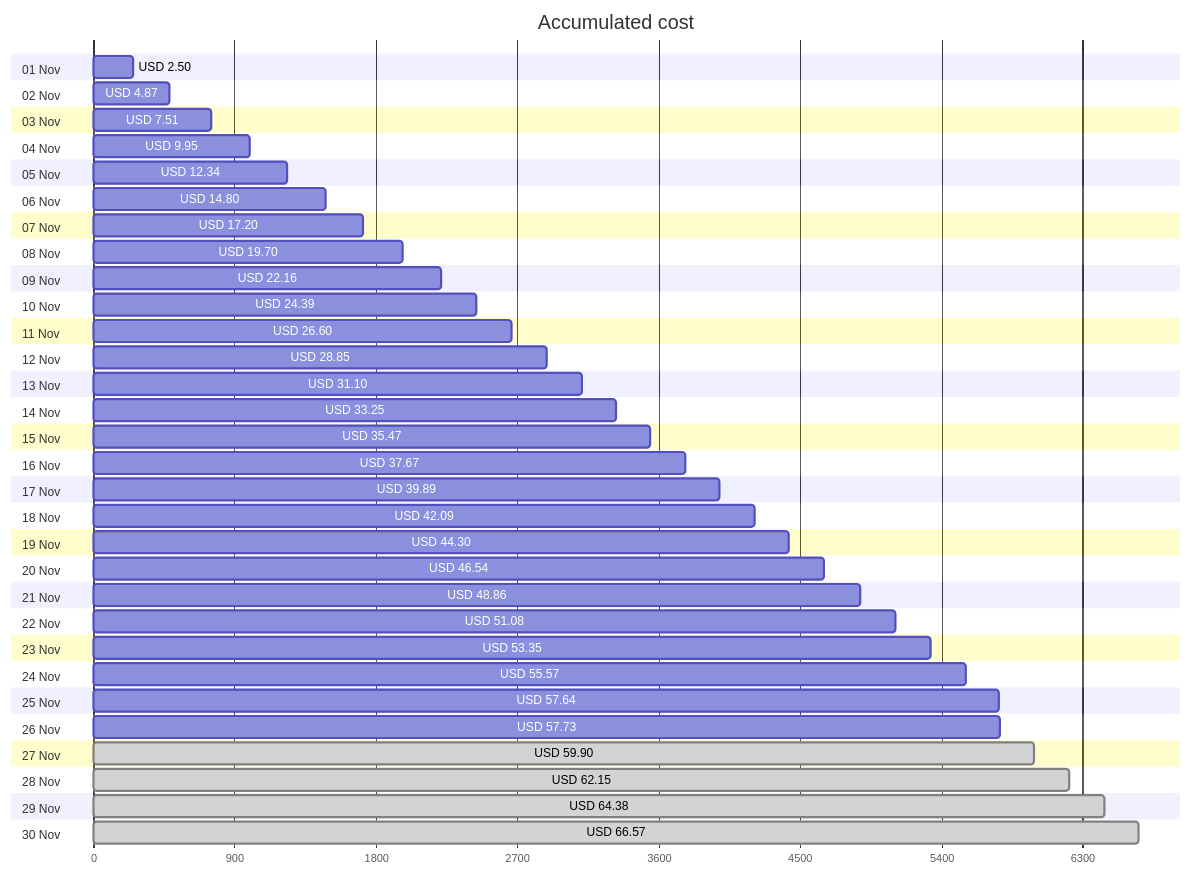
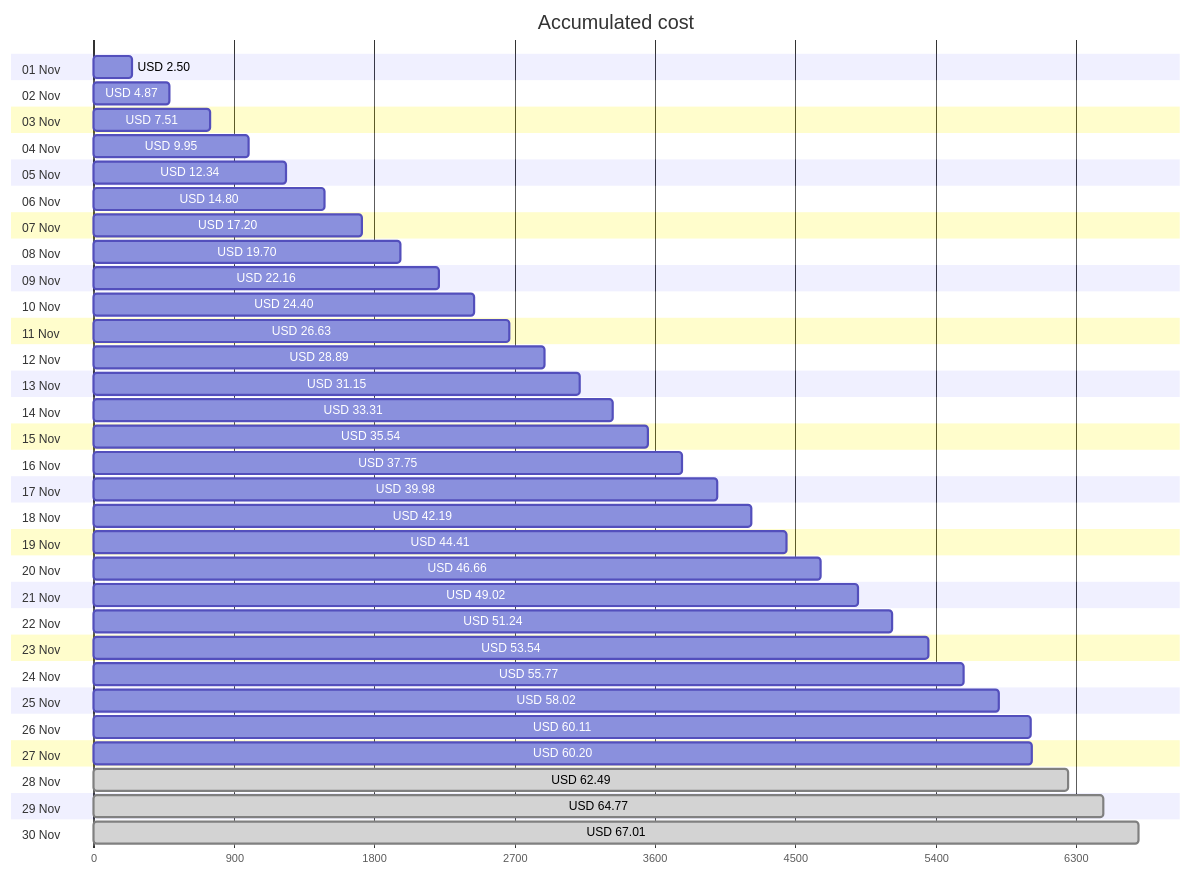
Before and after one commit to jpfulton/azure-personal-reports: the first of 4 diagrams in cost-reports/accumulated-cost.md, drawn with Mermaid. The commit also changed other lines of this file and 4 other files, not shown here.

````diff
--- a/cost-reports/accumulated-cost.md
+++ b/cost-reports/accumulated-cost.md
@@ -20,66 +20,66 @@
 ```mermaid
 gantt
    title Accumulated cost
    dateFormat  X
    axisFormat %s
    section 01 Nov
    USD 2.50 :0, 250
    section 02 Nov
    USD 4.87 :0, 487
    section 03 Nov
    USD 7.51 :0, 751
    section 04 Nov
    USD 9.95 :0, 995
    section 05 Nov
    USD 12.34 :0, 1234
    section 06 Nov
    USD 14.80 :0, 1480
    section 07 Nov
    USD 17.20 :0, 1720
    section 08 Nov
    USD 19.70 :0, 1970
    section 09 Nov
    USD 22.16 :0, 2216
    section 10 Nov
-   USD 24.39 :0, 2439
+   USD 24.40 :0, 2440
    section 11 Nov
-   USD 26.60 :0, 2660
+   USD 26.63 :0, 2663
    section 12 Nov
-   USD 28.85 :0, 2885
+   USD 28.89 :0, 2889
    section 13 Nov
-   USD 31.10 :0, 3110
+   USD 31.15 :0, 3115
    section 14 Nov
-   USD 33.25 :0, 3325
+   USD 33.31 :0, 3331
    section 15 Nov
-   USD 35.47 :0, 3547
+   USD 35.54 :0, 3554
    section 16 Nov
-   USD 37.67 :0, 3767
+   USD 37.75 :0, 3775
    section 17 Nov
-   USD 39.89 :0, 3989
+   USD 39.98 :0, 3998
    section 18 Nov
-   USD 42.09 :0, 4209
+   USD 42.19 :0, 4219
    section 19 Nov
-   USD 44.30 :0, 4430
+   USD 44.41 :0, 4441
    section 20 Nov
-   USD 46.54 :0, 4654
+   USD 46.66 :0, 4666
    section 21 Nov
-   USD 48.86 :0, 4886
+   USD 49.02 :0, 4902
    section 22 Nov
-   USD 51.08 :0, 5108
+   USD 51.24 :0, 5124
    section 23 Nov
-   USD 53.35 :0, 5335
+   USD 53.54 :0, 5354
    section 24 Nov
-   USD 55.57 :0, 5557
+   USD 55.77 :0, 5577
    section 25 Nov
-   USD 57.64 :0, 5764
+   USD 58.02 :0, 5802
    section 26 Nov
-   USD 57.73 :0, 5773
+   USD 60.11 :0, 6011
    section 27 Nov
-   USD 59.90 : done, 0, 5990
+   USD 60.20 :0, 6020
    section 28 Nov
-   USD 62.15 : done, 0, 6215
+   USD 62.49 : done, 0, 6249
    section 29 Nov
-   USD 64.38 : done, 0, 6438
+   USD 64.77 : done, 0, 6477
    section 30 Nov
-   USD 66.57 : done, 0, 6657
+   USD 67.01 : done, 0, 6701
 ```
````
